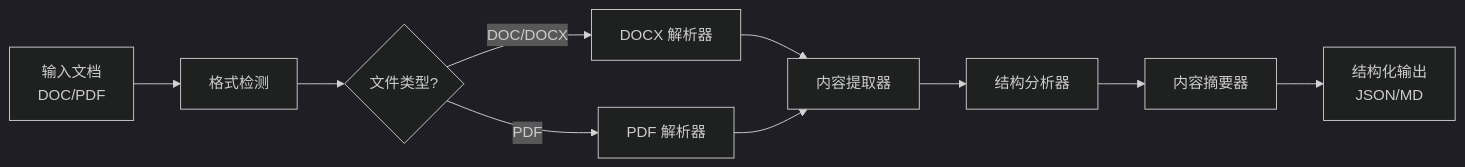
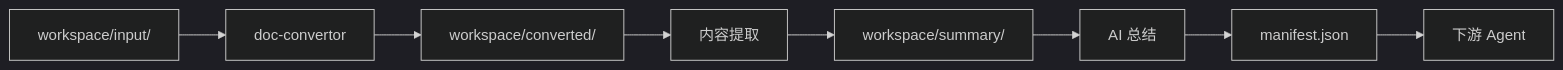
One commit to Murchey/DocMind-Studio changed the diagram in ComponentAgents/doc-content-analysis/README_CN.md. Above: the diagram before and after it, drawn with Mermaid (dark theme). The commit also changed other lines of this file and 12 other files, not shown here.

````diff
--- a/ComponentAgents/doc-content-analysis/README_CN.md
+++ b/ComponentAgents/doc-content-analysis/README_CN.md
@@ -121,12 +56,10 @@
 ```mermaid
 graph LR
-    A[输入文档<br/>DOC/PDF] --> B[格式检测]
-    B --> C{文件类型?}
-    C -->|DOC/DOCX| D[DOCX 解析器]
-    C -->|PDF| E[PDF 解析器]
-    D --> F[内容提取器]
-    E --> F
-    F --> G[结构分析器]
-    G --> H[内容摘要器]
-    H --> I[结构化输出<br/>JSON/MD]
+    A[workspace/input/] --> B[doc-convertor]
+    B --> C[workspace/converted/]
+    C --> D[内容提取]
+    D --> E[workspace/summary/]
+    E --> F[AI 总结]
+    F --> G[manifest.json]
+    G --> H[下游 Agent]
 ```
````
